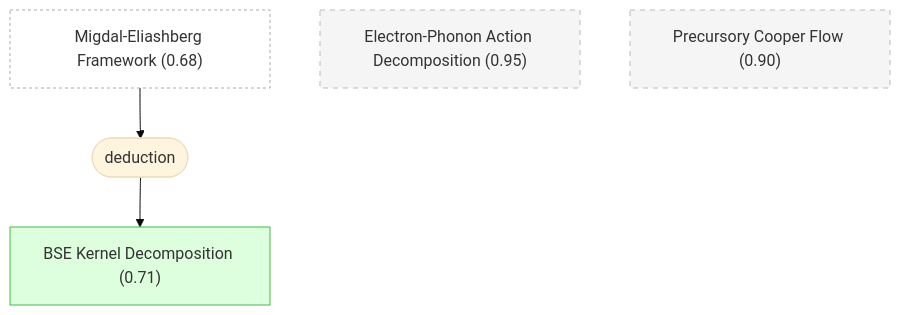
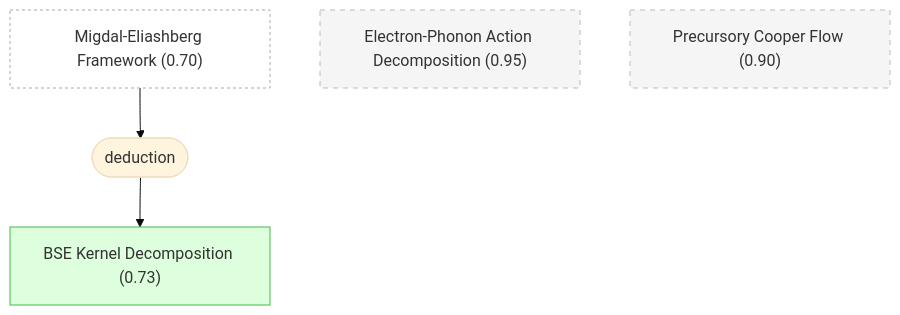
Before and after one commit to kunyuan/SuperconductivityElectronLiquids.gaia: the second of 6 diagrams in README.md, drawn with Mermaid (base theme). The commit also changed other lines of this file, not shown here.

````diff
--- a/README.md
+++ b/README.md
@@ -195,20 +195,20 @@
 ```mermaid
 graph TD
-    me_framework["Migdal-Eliashberg Framework (0.68)"]:::external
+    me_framework["Migdal-Eliashberg Framework (0.70)"]:::external
     electron_phonon_action["Electron-Phonon Action Decomposition (0.95)"]:::background
-    bse_kernel_decomposition["BSE Kernel Decomposition (0.71)"]:::derived
+    bse_kernel_decomposition["BSE Kernel Decomposition (0.73)"]:::derived
     precursory_cooper_flow["Precursory Cooper Flow (0.90)"]:::background
     strat_1(["deduction"])
     me_framework --> strat_1
     strat_1 --> bse_kernel_decomposition
 
-    classDef setting fill:#f0f0f0,stroke:#999,color:#333
-    classDef premise fill:#ddeeff,stroke:#4488bb,color:#333
-    classDef derived fill:#ddffdd,stroke:#44bb44,color:#333
-    classDef question fill:#fff3dd,stroke:#cc9944,color:#333
-    classDef background fill:#f5f5f5,stroke:#bbb,stroke-dasharray: 5 5,color:#333
-    classDef orphan fill:#fff,stroke:#ccc,stroke-dasharray: 5 5,color:#333
-    classDef external fill:#fff,stroke:#aaa,stroke-dasharray: 3 3,color:#333
-    classDef weak fill:#fff9c4,stroke:#f9a825,stroke-dasharray: 5 5,color:#333
-    classDef contra fill:#ffebee,stroke:#c62828,color:#333
+    classDef setting fill:#f0f0f0,stroke:#999
+    classDef premise fill:#ddeeff,stroke:#4488bb
+    classDef derived fill:#ddffdd,stroke:#44bb44
+    classDef question fill:#fff3dd,stroke:#cc9944
+    classDef background fill:#f5f5f5,stroke:#bbb,stroke-dasharray: 5 5
+    classDef orphan fill:#fff,stroke:#ccc,stroke-dasharray: 5 5
+    classDef external fill:#fff,stroke:#aaa,stroke-dasharray: 3 3
+    classDef weak fill:#fff9c4,stroke:#f9a825,stroke-dasharray: 5 5
+    classDef contra fill:#ffebee,stroke:#c62828
 ```
````
